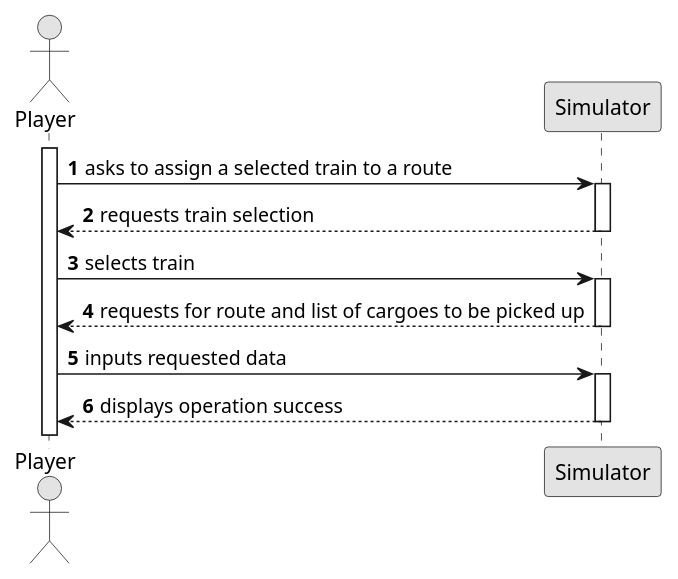
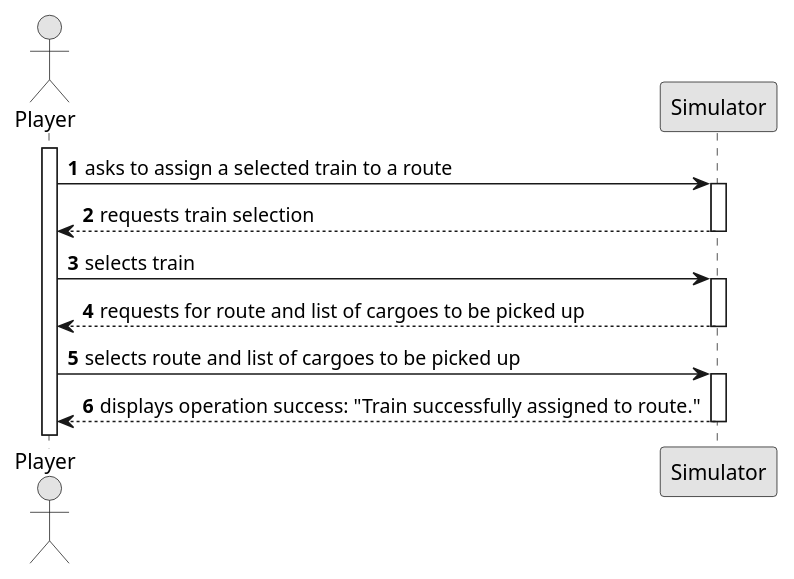
Before and after one commit to goncalolopesp/sem2-pi-24.25-g093-repo: the diagram in docs/system-documentation/US010/01.requirements-engineering/puml/US010-SSD.puml, drawn with PlantUML. The commit also changed 2 other files, not shown here.

```diff
--- a/docs/system-documentation/US010/01.requirements-engineering/puml/US010-SSD.puml
+++ b/docs/system-documentation/US010/01.requirements-engineering/puml/US010-SSD.puml
@@ -1,27 +1,27 @@
 @startuml
 skinparam monochrome true
 skinparam packageStyle rectangle
 skinparam shadowing false
 
 autonumber
 
 actor "Player" as Player
 participant "Simulator" as Simulator
 
 activate Player
 
 Player -> Simulator : asks to assign a selected train to a route
 activate Simulator
 Simulator --> Player : requests train selection
 deactivate Simulator
 
 Player -> Simulator : selects train
 activate Simulator
 Simulator --> Player : requests for route and list of cargoes to be picked up
 deactivate Simulator
 
-Player -> Simulator : inputs requested data
+Player -> Simulator : selects route and list of cargoes to be picked up
 activate Simulator
-Simulator --> Player : displays operation success
+Simulator --> Player : displays operation success: "Train successfully assigned to route."
 deactivate Simulator
 @enduml
```
